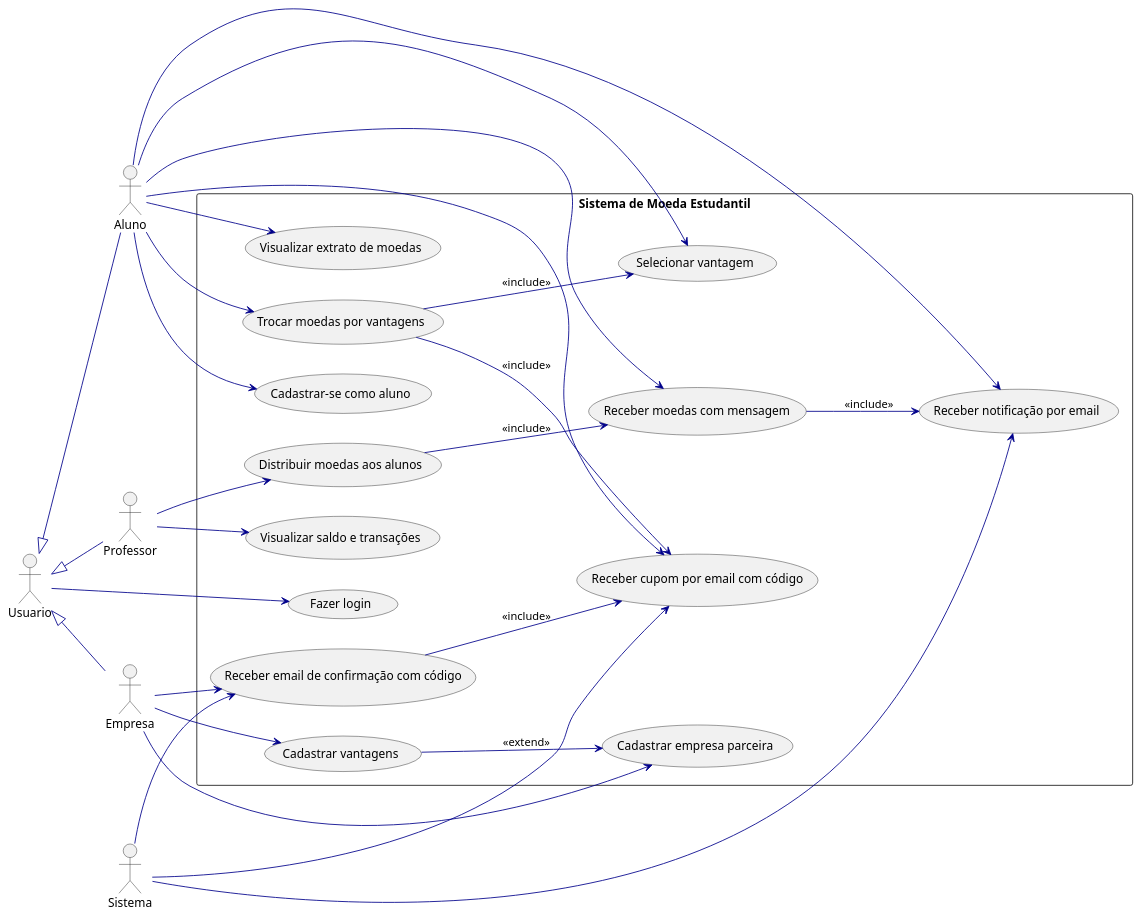
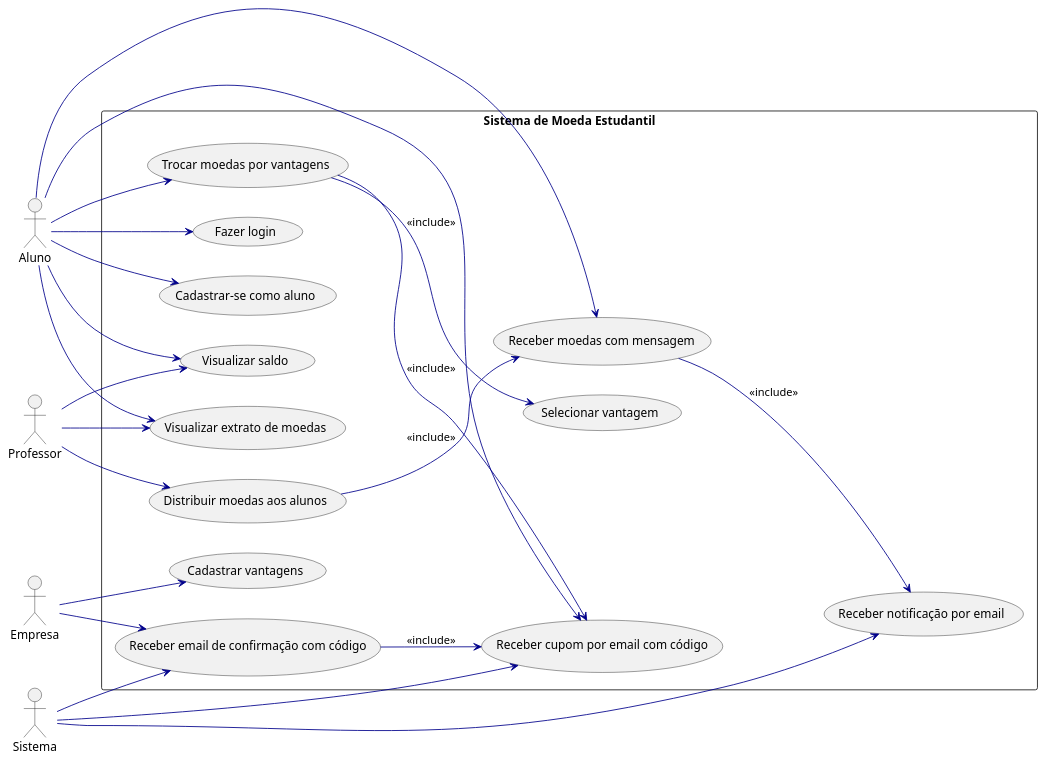
The diagram in project/code/usecase.puml (hegdt/lds-3), drawn with PlantUML before and after one commit. The commit also changed 5 other files, not shown here.

Commit message:
update diagramas

```diff
--- a/project/code/usecase.puml
+++ b/project/code/usecase.puml
@@ -1,66 +1,64 @@
 @startuml
 left to right direction
 skinparam packageStyle rectangle
 skinparam usecase {
   ArrowColor DarkBlue
   ActorBorderColor black
   ActorFontStyle bold
   UsecaseBorderColor Navy
   UsecaseFontColor DarkBlue
 }
 
-actor Usuario
-Usuario <|-- Aluno
-Usuario <|-- Professor
-Usuario <|-- Empresa
+actor Aluno
+actor Professor
+actor Empresa
 actor Sistema
 
 package "Sistema de Moeda Estudantil" {
-  
+
   usecase "Fazer login" as UC_Login
   usecase "Cadastrar-se como aluno" as UC_CadAluno
+  usecase "Visualizar saldo" as UC_Saldo
   usecase "Visualizar extrato de moedas" as UC_Extrato
   usecase "Trocar moedas por vantagens" as UC_TrocaMoedas
+  usecase "Selecionar vantagem" as UC_SelecionarVantagem
+  usecase "Receber cupom por email com código" as UC_EmailCupom
+  usecase "Receber moedas com mensagem" as UC_ReceberMoedas
   usecase "Receber notificação por email" as UC_NotifAluno
-  usecase "Receber cupom por email com código" as UC_EmailCupom
+
   usecase "Distribuir moedas aos alunos" as UC_DistribuirMoedas
-  usecase "Visualizar saldo e transações" as UC_SaldoProfessor
-  usecase "Cadastrar empresa parceira" as UC_CadEmpresa
   usecase "Cadastrar vantagens" as UC_CadVantagem
   usecase "Receber email de confirmação com código" as UC_ConfirmacaoParceiro
-  usecase "Selecionar vantagem" as UC_SelecionarVantagem
-  usecase "Receber moedas com mensagem" as UC_ReceberMoedas
 }
 
-' Herança de ator genérico
-Usuario --> UC_Login
+' Casos de uso do Aluno
+Aluno --> UC_Login
 Aluno --> UC_CadAluno
+Aluno --> UC_Saldo
 Aluno --> UC_Extrato
 Aluno --> UC_TrocaMoedas
 Aluno --> UC_ReceberMoedas
-Aluno --> UC_NotifAluno
 Aluno --> UC_EmailCupom
-Aluno --> UC_SelecionarVantagem
 
+' Casos de uso do Professor
 Professor --> UC_DistribuirMoedas
-Professor --> UC_SaldoProfessor
+Professor --> UC_Saldo
+Professor --> UC_Extrato
 
-Empresa --> UC_CadEmpresa
+' Casos de uso da Empresa
 Empresa --> UC_CadVantagem
 Empresa --> UC_ConfirmacaoParceiro
 
+' Sistema envia e-mails
 Sistema --> UC_NotifAluno
 Sistema --> UC_EmailCupom
 Sistema --> UC_ConfirmacaoParceiro
 
-' Relacionamentos <<include>> e <<extend>>
+' Relações include
 UC_TrocaMoedas --> UC_SelecionarVantagem : <<include>>
 UC_TrocaMoedas --> UC_EmailCupom : <<include>>
-
 UC_DistribuirMoedas --> UC_ReceberMoedas : <<include>>
 UC_ReceberMoedas --> UC_NotifAluno : <<include>>
-
-UC_CadVantagem --> UC_CadEmpresa : <<extend>>
 UC_ConfirmacaoParceiro --> UC_EmailCupom : <<include>>
 
 @enduml
```
